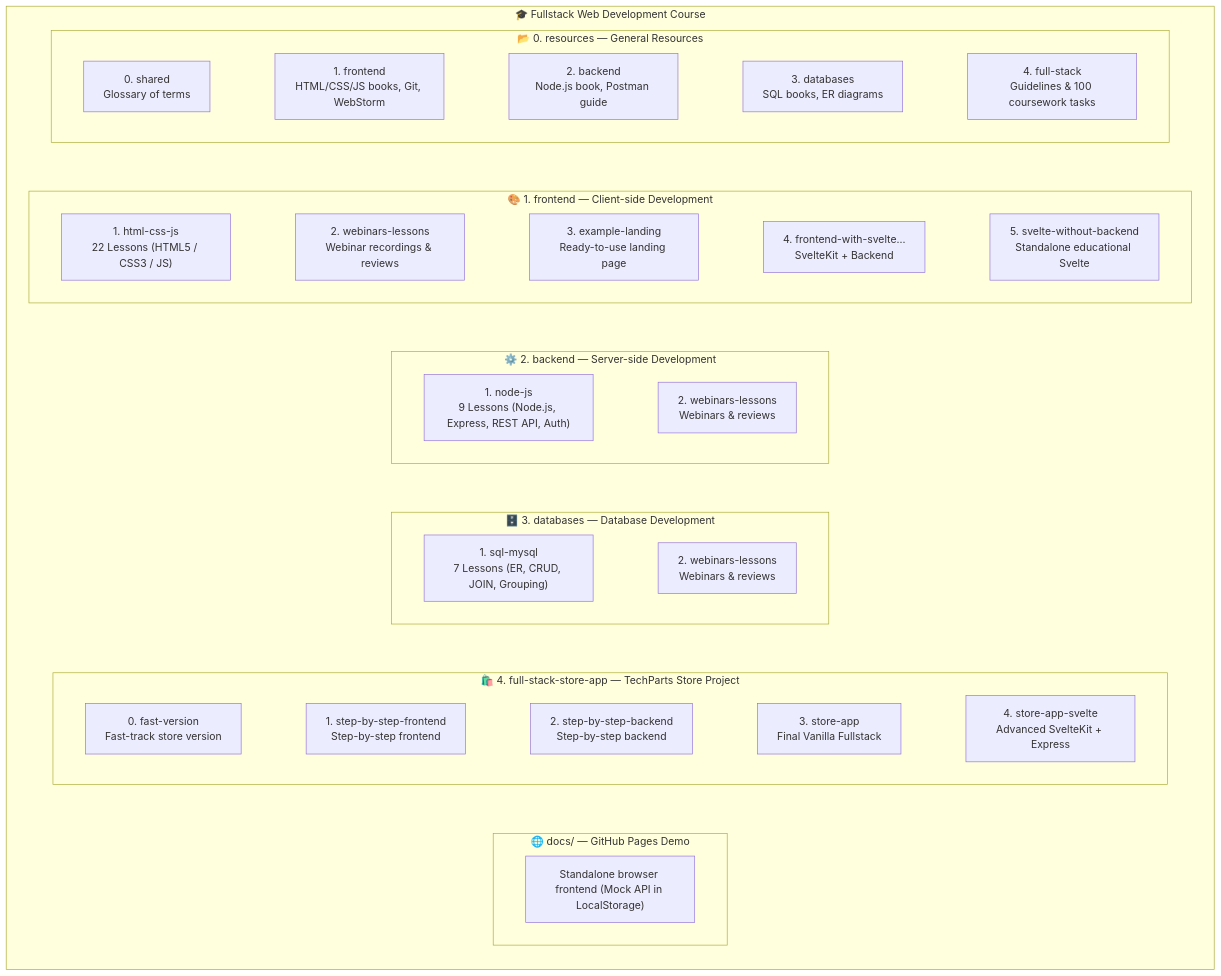
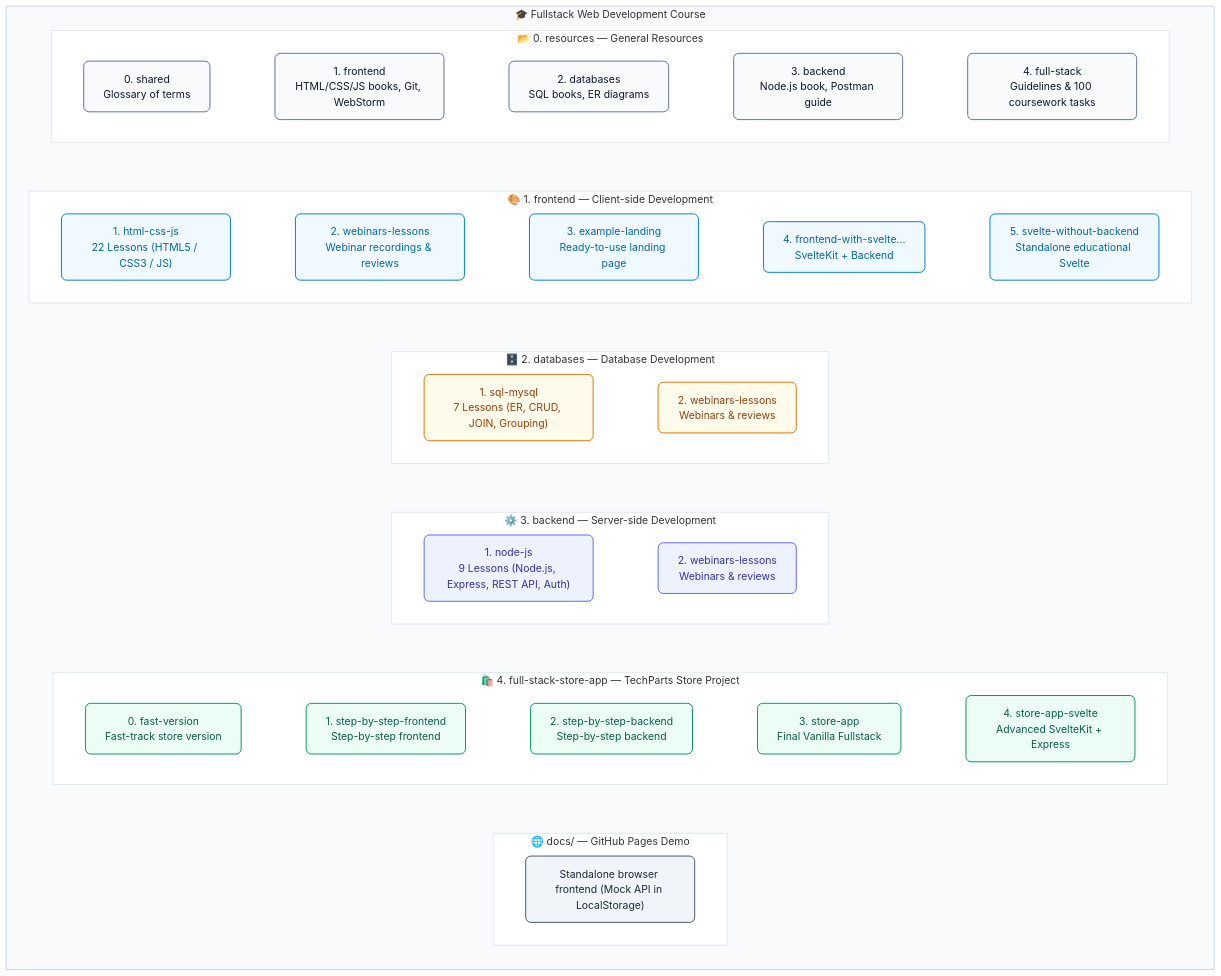
The first of 2 diagrams in README.md (mrsky1001/fullstack-web-development-course), drawn with Mermaid before and after one commit. The commit also changed other lines of this file and 4 other files, not shown here.

Commit message:
refactor: swap order of database and backend modules in curriculum documentation and roadmap

````diff
--- a/README.md
+++ b/README.md
@@ -152,8 +152,8 @@
             direction LR
             R0["0. shared<br/>Glossary of terms"]
             R1["1. frontend<br/>HTML/CSS/JS books, Git, WebStorm"]
-            R2["2. backend<br/>Node.js book, Postman guide"]
-            R3["3. databases<br/>SQL books, ER diagrams"]
+            R2["2. databases<br/>SQL books, ER diagrams"]
+            R3["3. backend<br/>Node.js book, Postman guide"]
             R4["4. full-stack<br/>Guidelines & 100 coursework tasks"]
             R0 ~~~ R1 ~~~ R2 ~~~ R3 ~~~ R4
         end
@@ -168,18 +168,18 @@
             F1 ~~~ F2 ~~~ F3 ~~~ F4 ~~~ F5
         end
 
-        subgraph MOD2["⚙️ 2. backend — Server-side Development"]
+        subgraph MOD2["🗄️ 2. databases — Database Development"]
+            direction LR
+            D1["1. sql-mysql<br/>7 Lessons (ER, CRUD, JOIN, Grouping)"]
+            D2["2. webinars-lessons<br/>Webinars & reviews"]
+            D1 ~~~ D2
+        end
+
+        subgraph MOD3["⚙️ 3. backend — Server-side Development"]
             direction LR
             B1["1. node-js<br/>9 Lessons (Node.js, Express, REST API, Auth)"]
             B2["2. webinars-lessons<br/>Webinars & reviews"]
             B1 ~~~ B2
-        end
-
-        subgraph MOD3["🗄️ 3. databases — Database Development"]
-            direction LR
-            D1["1. sql-mysql<br/>7 Lessons (ER, CRUD, JOIN, Grouping)"]
-            D2["2. webinars-lessons<br/>Webinars & reviews"]
-            D1 ~~~ D2
         end
 
         subgraph MOD4["🛍️ 4. full-stack-store-app — TechParts Store Project"]
@@ -198,4 +198,52 @@
 
         RES ~~~ MOD1 ~~~ MOD2 ~~~ MOD3 ~~~ MOD4 ~~~ DOCS
     end
+
+    classDef resStyle fill:#f8fafc,stroke:#64748b,stroke-width:1.5px,color:#0f172a,rx:8px,ry:8px;
+    classDef frontStyle fill:#f0f9ff,stroke:#0284c7,stroke-width:1.5px,color:#0369a1,rx:8px,ry:8px;
+    classDef dbStyle fill:#fffbeb,stroke:#d97706,stroke-width:1.5px,color:#92400e,rx:8px,ry:8px;
+    classDef backStyle fill:#eef2ff,stroke:#6366f1,stroke-width:1.5px,color:#3730a3,rx:8px,ry:8px;
+    classDef appStyle fill:#ecfdf5,stroke:#059669,stroke-width:1.5px,color:#065f46,rx:8px,ry:8px;
+    classDef docStyle fill:#f1f5f9,stroke:#475569,stroke-width:1.5px,color:#1e293b,rx:8px,ry:8px;
+
+    class R0,R1,R2,R3,R4 resStyle;
+    class F1,F2,F3,F4,F5 frontStyle;
+    class D1,D2 dbStyle;
+    class B1,B2 backStyle;
+    class S0,S1,S2,S3,S4 appStyle;
+    class DOC docStyle;
+
+    style ROOT fill:#f8fafc,stroke:#cbd5e1,stroke-width:1.5px
+    style RES fill:#ffffff,stroke:#e2e8f0,stroke-width:1.5px
+    style MOD1 fill:#ffffff,stroke:#e2e8f0,stroke-width:1.5px
+    style MOD2 fill:#ffffff,stroke:#e2e8f0,stroke-width:1.5px
+    style MOD3 fill:#ffffff,stroke:#e2e8f0,stroke-width:1.5px
+    style MOD4 fill:#ffffff,stroke:#e2e8f0,stroke-width:1.5px
+    style DOCS fill:#ffffff,stroke:#e2e8f0,stroke-width:1.5px
+
+    click R0 "./0.%20resources/0.%20shared/" "Open 0. shared"
+    click R1 "./0.%20resources/1.%20frontend/" "Open 1. frontend"
+    click R2 "./0.%20resources/2.%20databases/" "Open 2. databases"
+    click R3 "./0.%20resources/3.%20backend/" "Open 3. backend"
+    click R4 "./0.%20resources/4.%20full-stack/" "Open 4. full-stack"
+
+    click F1 "./1.%20frontend/1.%20html-css-js/" "Open 1. html-css-js"
+    click F2 "./1.%20frontend/2.%20webinars-lessons/" "Open 2. webinars-lessons"
+    click F3 "./1.%20frontend/3.%20example-landing/" "Open 3. example-landing"
+    click F4 "./1.%20frontend/4.%20frontend-with-svelte-and-backend/" "Open 4. frontend-with-svelte-and-backend"
+    click F5 "./1.%20frontend/5.%20svelte-without-backend/" "Open 5. svelte-without-backend"
+
+    click D1 "./2.%20databases/1.%20sql-mysql/" "Open 1. sql-mysql"
+    click D2 "./2.%20databases/2.%20webinars-lessons/" "Open 2. webinars-lessons"
+
+    click B1 "./3.%20backend/1.%20node-js/" "Open 1. node-js"
+    click B2 "./3.%20backend/2.%20webinars-lessons/" "Open 2. webinars-lessons"
+
+    click S0 "./4.%20full-stack-store-app/0.%20fast-version/" "Open 0. fast-version"
+    click S1 "./4.%20full-stack-store-app/1.%20step-by-step-frontend/" "Open 1. step-by-step-frontend"
+    click S2 "./4.%20full-stack-store-app/2.%20step-by-step-backend/" "Open 2. step-by-step-backend"
+    click S3 "./4.%20full-stack-store-app/3.%20store-app/" "Open 3. store-app"
+    click S4 "./4.%20full-stack-store-app/4.%20store-app-svelte/" "Open 4. store-app-svelte"
+
+    click DOC "./docs/" "Open demo docs"
 ```
````
